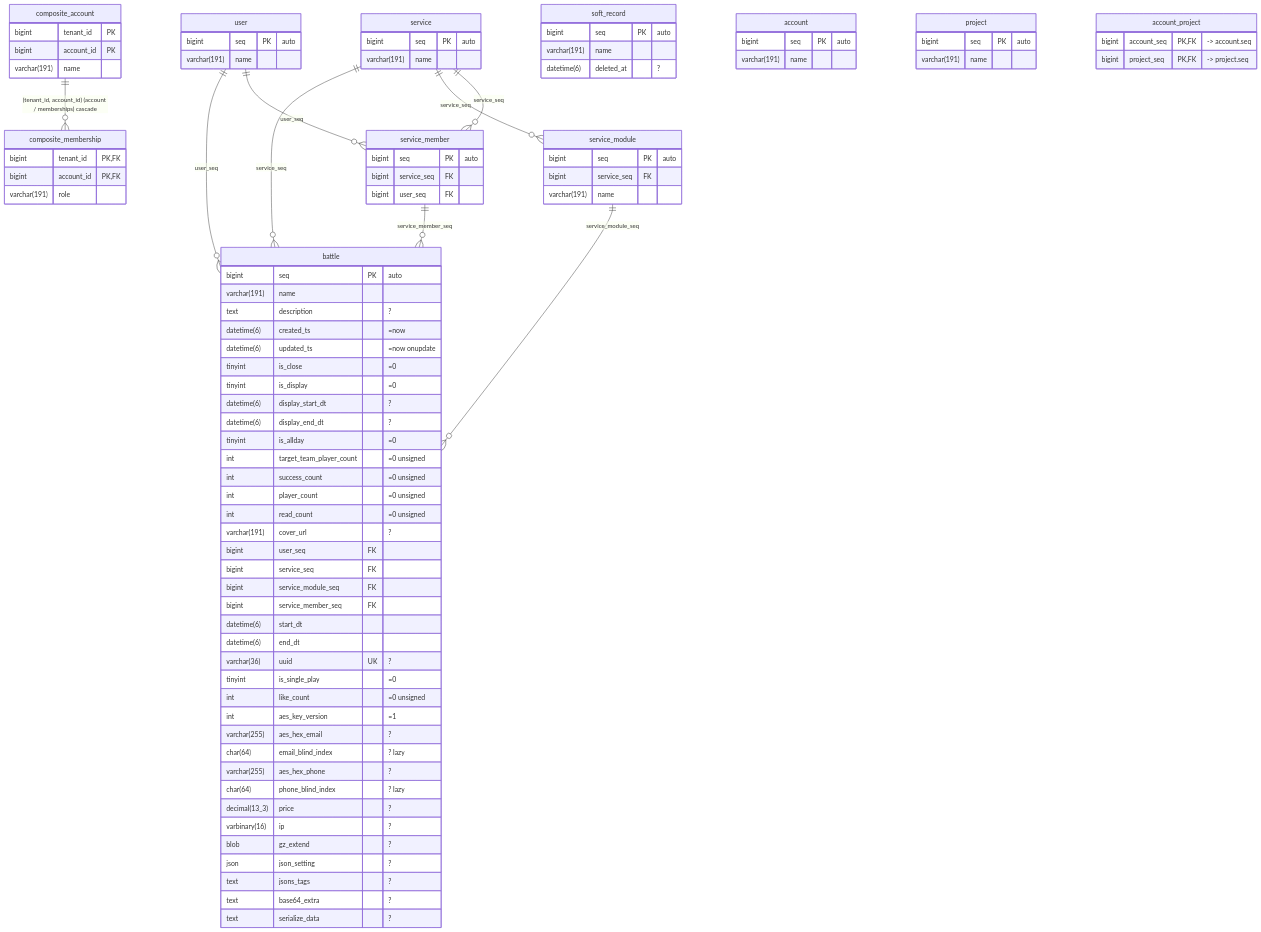
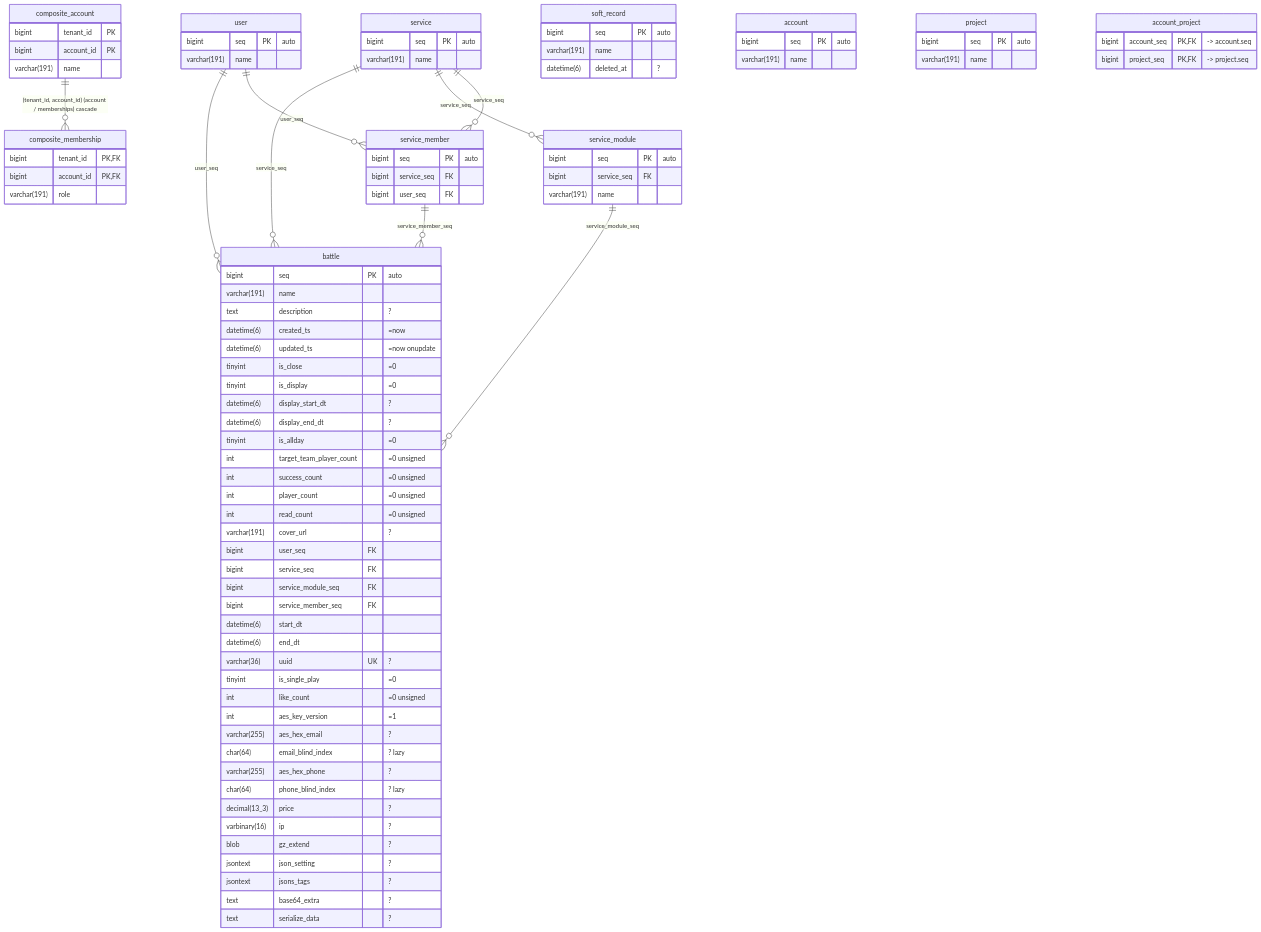
The diagram in schema/bench.mmd (polyspec/orm), drawn with Mermaid before and after one commit. The commit also changed 571 other files, not shown here.

```diff
--- a/schema/bench.mmd
+++ b/schema/bench.mmd
@@ -1,107 +1,103 @@
 erDiagram
   battle {
     bigint        seq                      PK  "auto"
     varchar(191)  name
     text          description                  "?"
     datetime(6)   created_ts                   "=now"
     datetime(6)   updated_ts                   "=now onupdate"
     tinyint       is_close                     "=0"
     tinyint       is_display                   "=0"
     datetime(6)   display_start_dt             "?"
     datetime(6)   display_end_dt               "?"
     tinyint       is_allday                    "=0"
     int           target_team_player_count     "=0 unsigned"
     int           success_count                "=0 unsigned"
     int           player_count                 "=0 unsigned"
     int           read_count                   "=0 unsigned"
     varchar(191)  cover_url                    "?"
     bigint        user_seq                 FK
     bigint        service_seq              FK
     bigint        service_module_seq       FK
     bigint        service_member_seq       FK
     datetime(6)   start_dt
     datetime(6)   end_dt
     varchar(36)   uuid                     UK  "?"
     tinyint       is_single_play               "=0"
     int           like_count                   "=0 unsigned"
     int           aes_key_version              "=1"
     varchar(255)  aes_hex_email                "?"
     char(64)      email_blind_index            "? lazy"
     varchar(255)  aes_hex_phone                "?"
     char(64)      phone_blind_index            "? lazy"
     decimal(13_3) price                        "?"
     varbinary(16) ip                           "?"
     blob          gz_extend                    "?"
-    json          json_setting                 "?"
-    text          jsons_tags                   "?"
+    jsontext      json_setting                 "?"
+    jsontext      jsons_tags                   "?"
     text          base64_extra                 "?"
     text          serialize_data               "?"
   }
   user {
     bigint        seq   PK "auto"
     varchar(191)  name
   }
   service {
     bigint        seq   PK "auto"
     varchar(191)  name
   }
   service_module {
     bigint        seq   PK "auto"
     bigint        service_seq FK
     varchar(191)  name
   }
   service_member {
     bigint        seq   PK "auto"
     bigint        service_seq FK
     bigint        user_seq    FK
   }
   composite_account {
     bigint        tenant_id PK
     bigint        account_id PK
     varchar(191)  name
   }
   composite_membership {
     bigint        tenant_id PK, FK
     bigint        account_id PK, FK
     varchar(191)  role
   }
   soft_record {
     bigint        seq PK "auto"
     varchar(191)  name
     datetime(6)   deleted_at "?"
   }
   account {
     bigint        seq PK "auto"
     varchar(191)  name
   }
   project {
     bigint        seq PK "auto"
     varchar(191)  name
   }
   account_project {
     bigint        account_seq PK, FK "-> account.seq"
     bigint        project_seq PK, FK "-> project.seq"
   }
 
   user           ||--o{ battle         : user_seq
   service        ||--o{ battle         : service_seq
   service_module ||--o{ battle         : service_module_seq
   service_member ||--o{ battle         : service_member_seq
   service        ||--o{ service_module : service_seq
   service        ||--o{ service_member : service_seq
   user           ||--o{ service_member : user_seq
   composite_account ||--o{ composite_membership : "(tenant_id, account_id) (account / memberships) cascade"
 
   %% index battle (service_module_seq, is_close, is_display, is_allday) ik
   %% index battle (service_seq, is_close) ix_service
   %% index battle (user_seq, is_close) ix_user
   %% index battle (email_blind_index) ix_email_blind_index
   %% index battle (phone_blind_index) ix_phone_blind_index
   %% blind_index battle aes_hex_email email_blind_index
   %% blind_index battle aes_hex_phone phone_blind_index
-  %% scope battle service_seq
   %% fulltext battle (name, description)
-  %% predicate battle visible : `is_close` = FALSE AND `is_display` = TRUE
-  %% predicate battle started_after : `start_dt` > ?
   %% soft_delete soft_record deleted_at
-  %% many_to_many account project projects accounts through account_project
```
